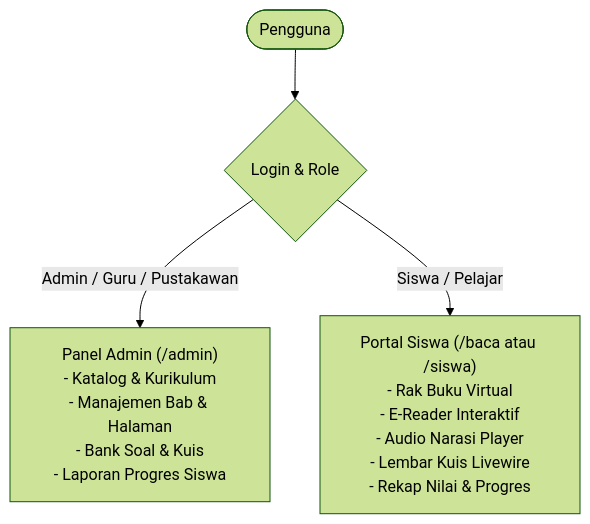
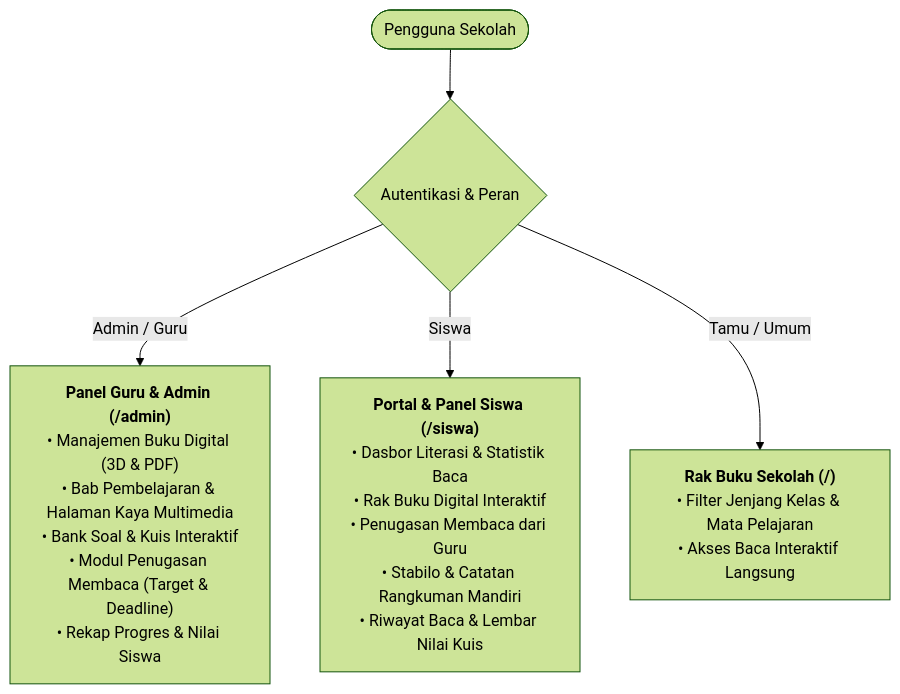
One commit to donarazhar/pustakadigital changed the diagram in README.md. Above: the diagram before and after it, drawn with Mermaid (forest theme). The commit also changed other lines of this file, not shown here.

Commit message:
docs: perbarui README.md dengan dokumentasi fitur dan proses bisnis Pustaka Digital Sekolah

````diff
--- a/README.md
+++ b/README.md
@@ -9,6 +11,10 @@
 ```mermaid
 graph TD
-    User([Pengguna]) --> Login{Login & Role}
-    Login -->|Admin / Guru / Pustakawan| AdminPanel["Panel Admin (/admin)<br/>- Katalog & Kurikulum<br/>- Manajemen Bab & Halaman<br/>- Bank Soal & Kuis<br/>- Laporan Progres Siswa"]
-    Login -->|Siswa / Pelajar| ReaderPanel["Portal Siswa (/baca atau /siswa)<br/>- Rak Buku Virtual<br/>- E-Reader Interaktif<br/>- Audio Narasi Player<br/>- Lembar Kuis Livewire<br/>- Rekap Nilai & Progres"]
+    User([Pengguna Sekolah]) --> Auth{Autentikasi & Peran}
+    
+    Auth -->|Admin / Guru| AdminPanel["<b>Panel Guru & Admin (/admin)</b><br/>• Manajemen Buku Digital (3D & PDF)<br/>• Bab Pembelajaran & Halaman Kaya Multimedia<br/>• Bank Soal & Kuis Interaktif<br/>• Modul Penugasan Membaca (Target & Deadline)<br/>• Rekap Progres & Nilai Siswa"]
+    
+    Auth -->|Siswa| SiswaPanel["<b>Portal & Panel Siswa (/siswa)</b><br/>• Dasbor Literasi & Statistik Baca<br/>• Rak Buku Digital Interaktif<br/>• Penugasan Membaca dari Guru<br/>• Stabilo & Catatan Rangkuman Mandiri<br/>• Riwayat Baca & Lembar Nilai Kuis"]
+    
+    Auth -->|Tamu / Umum| PublicShelf["<b>Rak Buku Sekolah (/)</b><br/>• Filter Jenjang Kelas & Mata Pelajaran<br/>• Akses Baca Interaktif Langsung"]
 ```
````
